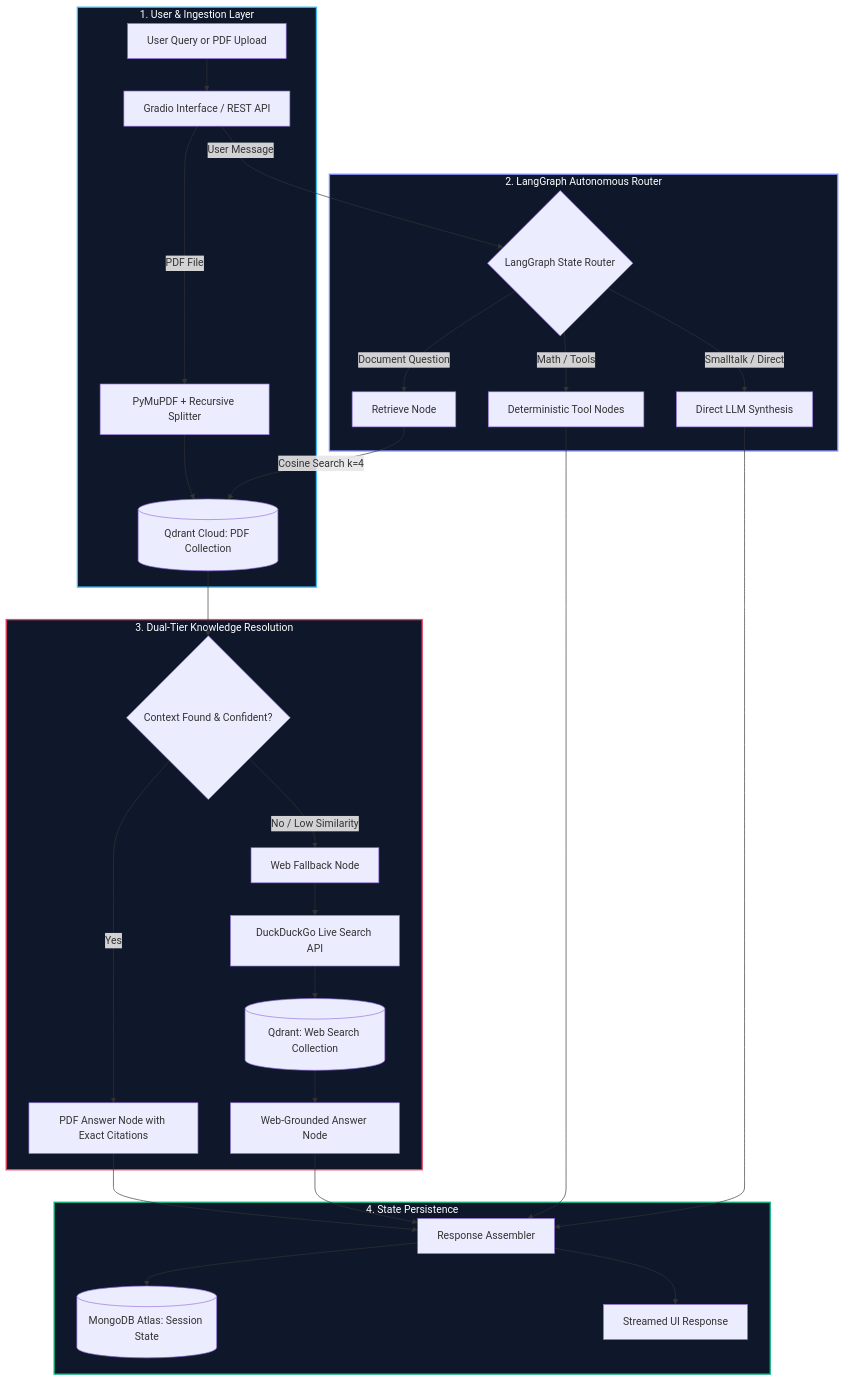
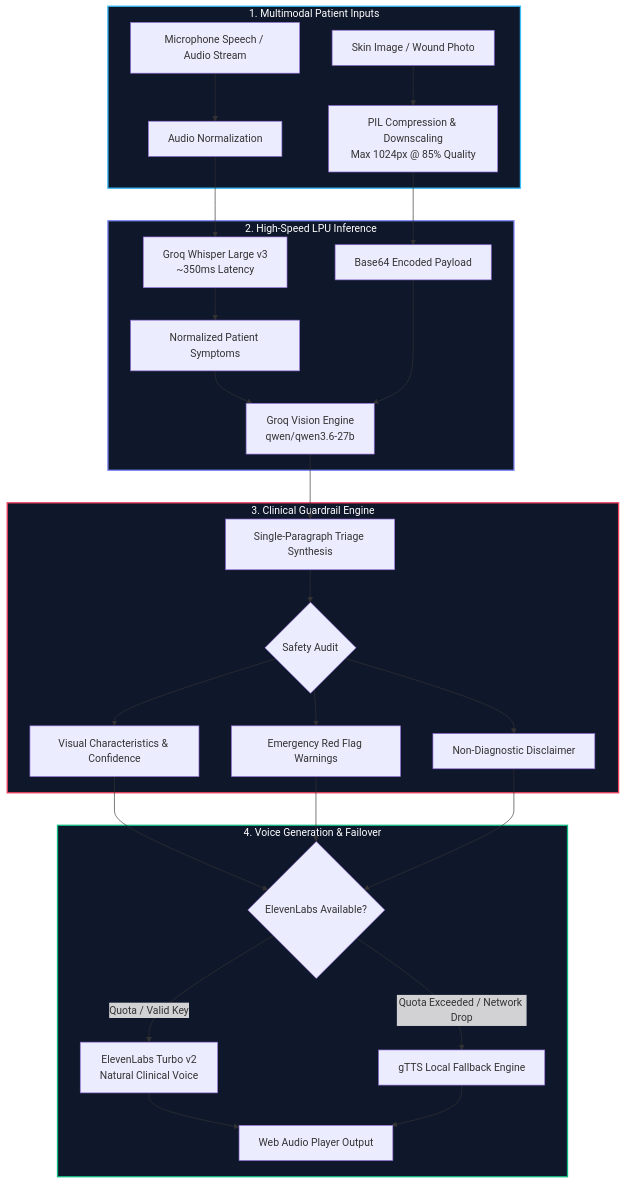
One commit to shehreenmansoori/Vital-Lens changed the diagram in README.md. Above: the diagram before and after it, drawn with Mermaid. The commit also changed other lines of this file, not shown here.

````diff
--- a/README.md
+++ b/README.md
@@ -40,36 +37,35 @@
 ```mermaid
 flowchart TD
-    subgraph Client["1. User & Ingestion Layer"]
-        A[User Query or PDF Upload] --> B[Gradio Interface / REST API]
-        B -->|PDF File| C[PyMuPDF + Recursive Splitter]
-        C --> D[(Qdrant Cloud: PDF Collection)]
+    subgraph Inputs["1. Multimodal Patient Inputs"]
+        A[Microphone Speech / Audio Stream] --> B[Audio Normalization]
+        C[Skin Image / Wound Photo] --> D[PIL Compression & Downscaling<br/>Max 1024px @ 85% Quality]
     end
 
-    subgraph StateGraph["2. LangGraph Autonomous Router"]
-        B -->|User Message| E{LangGraph State Router}
-        E -->|Math / Tools| F[Deterministic Tool Nodes]
-        E -->|Smalltalk / Direct| G[Direct LLM Synthesis]
-        E -->|Document Question| H[Retrieve Node]
+    subgraph GroqLPU["2. High-Speed LPU Inference"]
+        B --> E[Groq Whisper Large v3<br/>~350ms Latency]
+        E --> F[Normalized Patient Symptoms]
+        
+        D --> G[Base64 Encoded Payload]
+        F & G --> H[Groq Vision Engine<br/>qwen/qwen3.6-27b]
     end
 
-    subgraph RAG["3. Dual-Tier Knowledge Resolution"]
-        H -->|Cosine Search k=4| D
-        D --> I{Context Found & Confident?}
-        I -->|Yes| J[PDF Answer Node with Exact Citations]
-        I -->|No / Low Similarity| K[Web Fallback Node]
-        K --> L[DuckDuckGo Live Search API]
-        L --> M[(Qdrant: Web Search Collection)]
-        M --> N[Web-Grounded Answer Node]
+    subgraph Clinical["3. Clinical Guardrail Engine"]
+        H --> I[Single-Paragraph Triage Synthesis]
+        I --> J{Safety Audit}
+        J --> K[Visual Characteristics & Confidence]
+        J --> L[Emergency Red Flag Warnings]
+        J --> M[Non-Diagnostic Disclaimer]
     end
 
-    subgraph Storage["4. State Persistence"]
-        J & N & F & G --> O[Response Assembler]
-        O --> P[(MongoDB Atlas: Session State)]
-        O --> Q[Streamed UI Response]
+    subgraph VoiceEngine["4. Voice Generation & Failover"]
+        K & L & M --> N{ElevenLabs Available?}
+        N -->|Quota / Valid Key| O[ElevenLabs Turbo v2<br/>Natural Clinical Voice]
+        N -->|Quota Exceeded / Network Drop| P[gTTS Local Fallback Engine]
+        O & P --> Q[Web Audio Player Output]
     end
 
-    style Client fill:#0f172a,stroke:#38bdf8,stroke-width:2px,color:#fff
-    style StateGraph fill:#0f172a,stroke:#818cf8,stroke-width:2px,color:#fff
-    style RAG fill:#0f172a,stroke:#f43f5e,stroke-width:2px,color:#fff
-    style Storage fill:#0f172a,stroke:#10b981,stroke-width:2px,color:#fff
+    style Inputs fill:#0f172a,stroke:#38bdf8,stroke-width:2px,color:#fff
+    style GroqLPU fill:#0f172a,stroke:#818cf8,stroke-width:2px,color:#fff
+    style Clinical fill:#0f172a,stroke:#f43f5e,stroke-width:2px,color:#fff
+    style VoiceEngine fill:#0f172a,stroke:#10b981,stroke-width:2px,color:#fff
 ```
````
